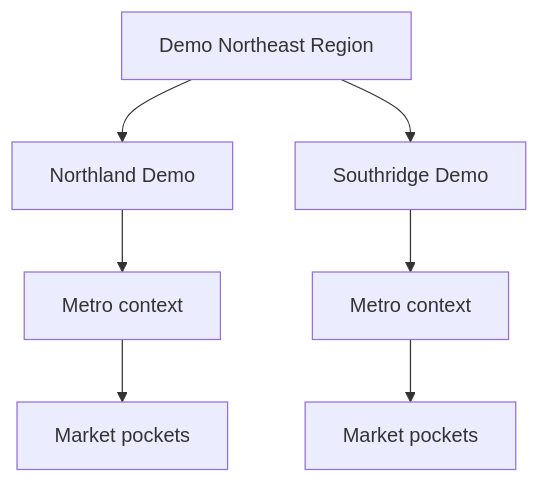
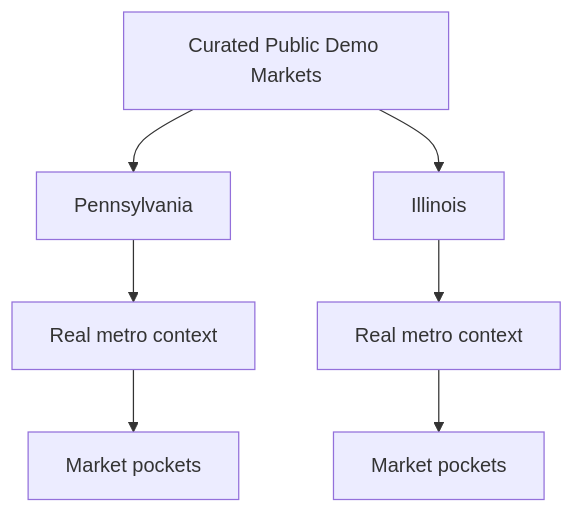
Before and after one commit to jdgoetz/urgent-care-expansion-demo: the third of 3 diagrams in README.md, drawn with Mermaid. The commit also changed other lines of this file and 14 other files, not shown here.

Commit message:
Document and present the curated public demo

````diff
--- a/README.md
+++ b/README.md
@@ -69,9 +69,9 @@
 ```mermaid
 flowchart TD
-    R[Demo Northeast Region] --> S1[Northland Demo]
-    R --> S2[Southridge Demo]
-    S1 --> M1[Metro context]
-    S2 --> M2[Metro context]
+    R[Curated Public Demo Markets] --> S1[Pennsylvania]
+    R --> S2[Illinois]
+    S1 --> M1[Real metro context]
+    S2 --> M2[Real metro context]
     M1 --> P1[Market pockets]
     M2 --> P2[Market pockets]
 ```
````
